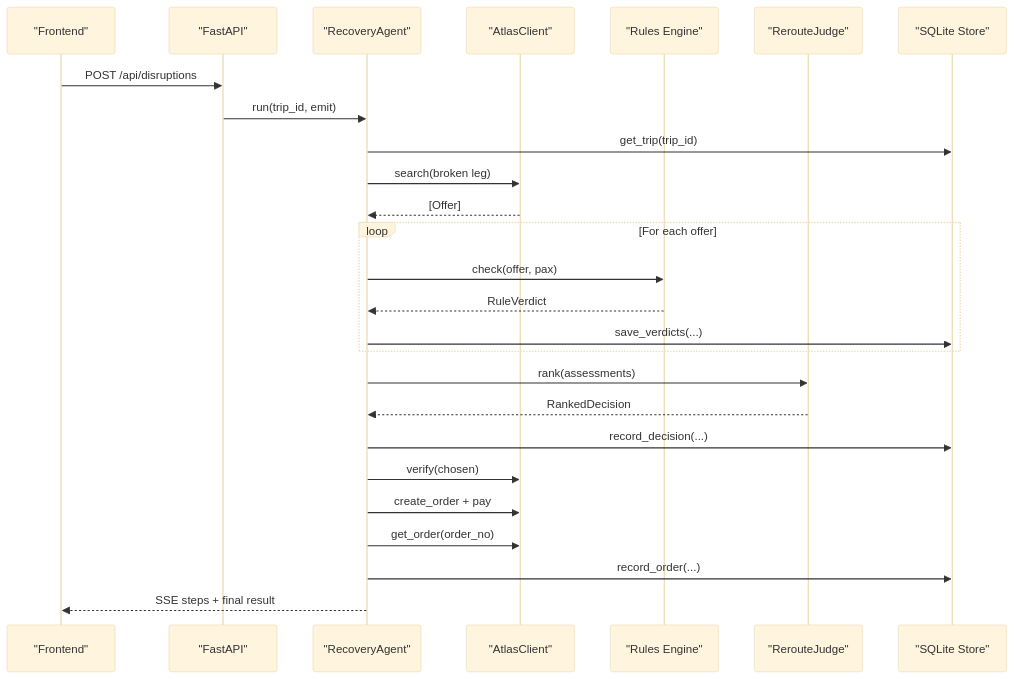
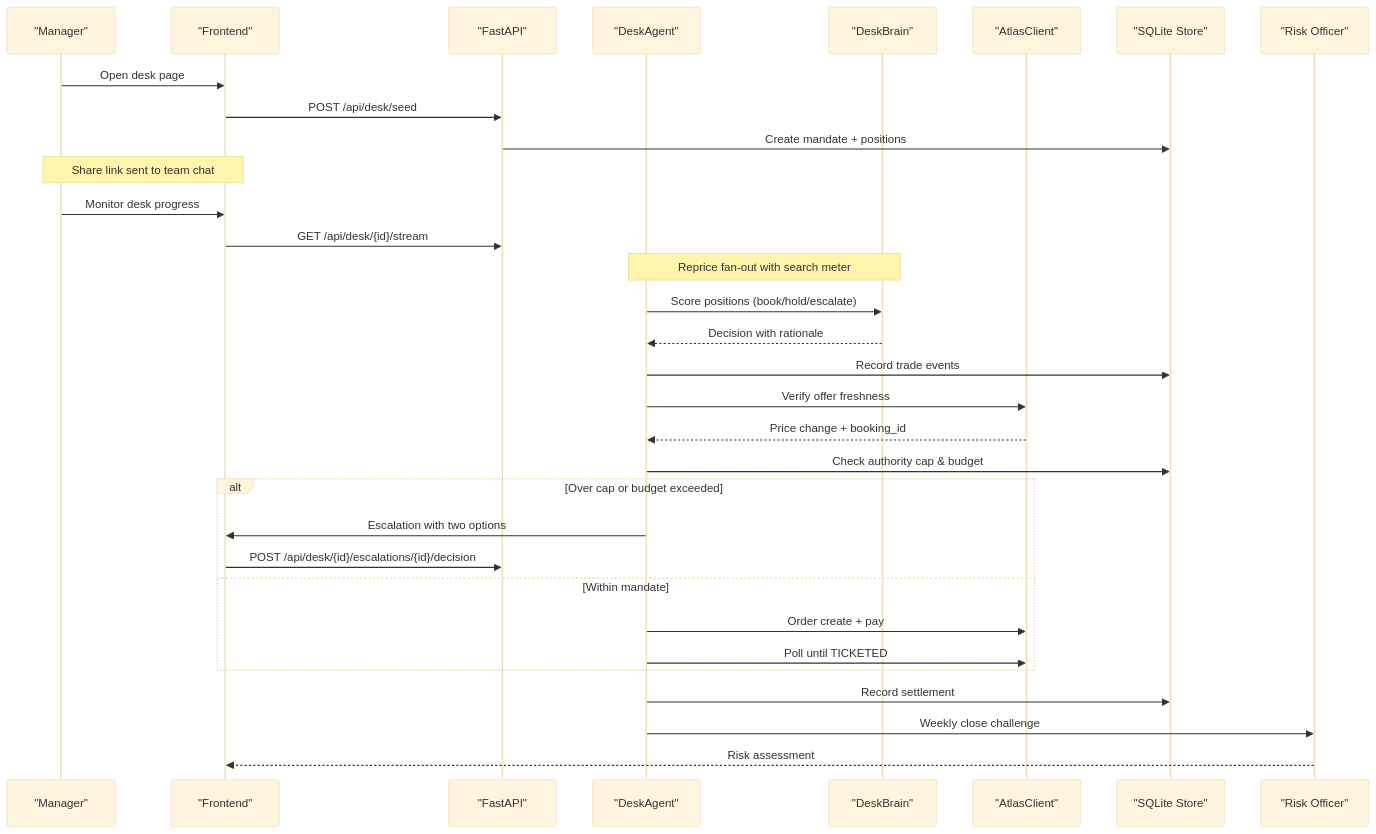
One commit to jaydonnnk/waypoint changed the second of 7 diagrams in .qoder/repowiki/en/content/Project Overview/Project Overview.md. Above: the diagram before and after it, drawn with Mermaid (base theme). The commit also changed other lines of this file and 9 other files, not shown here.

````diff
--- a/.qoder/repowiki/en/content/Project Overview/Project Overview.md
+++ b/.qoder/repowiki/en/content/Project Overview/Project Overview.md
@@ -113,28 +144,34 @@
 ```mermaid
 sequenceDiagram
-participant Client as "Frontend"
+participant Manager as "Manager"
+participant UI as "Frontend"
 participant API as "FastAPI"
-participant Agent as "RecoveryAgent"
+participant Agent as "DeskAgent"
+participant Brain as "DeskBrain"
 participant Atlas as "AtlasClient"
-participant Rules as "Rules Engine"
-participant Judge as "RerouteJudge"
-participant DB as "SQLite Store"
-Client->>API : POST /api/disruptions
-API->>Agent : run(trip_id, emit)
-Agent->>DB : get_trip(trip_id)
-Agent->>Atlas : search(broken leg)
-Atlas-->>Agent : [Offer]
-loop For each offer
-Agent->>Rules : check(offer, pax)
-Rules-->>Agent : RuleVerdict
-Agent->>DB : save_verdicts(...)
+participant Store as "SQLite Store"
+participant Auditor as "Risk Officer"
+Manager->>UI : Open desk page
+UI->>API : POST /api/desk/seed
+API->>Store : Create mandate + positions
+Note over Manager,UI : Share link sent to team chat
+Manager->>UI : Monitor desk progress
+UI->>API : GET /api/desk/{id}/stream
+Note over Agent,Brain : Reprice fan-out with search meter
+Agent->>Brain : Score positions (book/hold/escalate)
+Brain-->>Agent : Decision with rationale
+Agent->>Store : Record trade events
+Agent->>Atlas : Verify offer freshness
+Atlas-->>Agent : Price change + booking_id
+Agent->>Store : Check authority cap & budget
+alt Over cap or budget exceeded
+Agent->>UI : Escalation with two options
+UI->>API : POST /api/desk/{id}/escalations/{id}/decision
+else Within mandate
+Agent->>Atlas : Order create + pay
+Agent->>Atlas : Poll until TICKETED
 end
-Agent->>Judge : rank(assessments)
-Judge-->>Agent : RankedDecision
-Agent->>DB : record_decision(...)
-Agent->>Atlas : verify(chosen)
-Agent->>Atlas : create_order + pay
-Agent->>Atlas : get_order(order_no)
-Agent->>DB : record_order(...)
-Agent-->>Client : SSE steps + final result
+Agent->>Store : Record settlement
+Agent->>Auditor : Weekly close challenge
+Auditor-->>UI : Risk assessment
 ```
````
